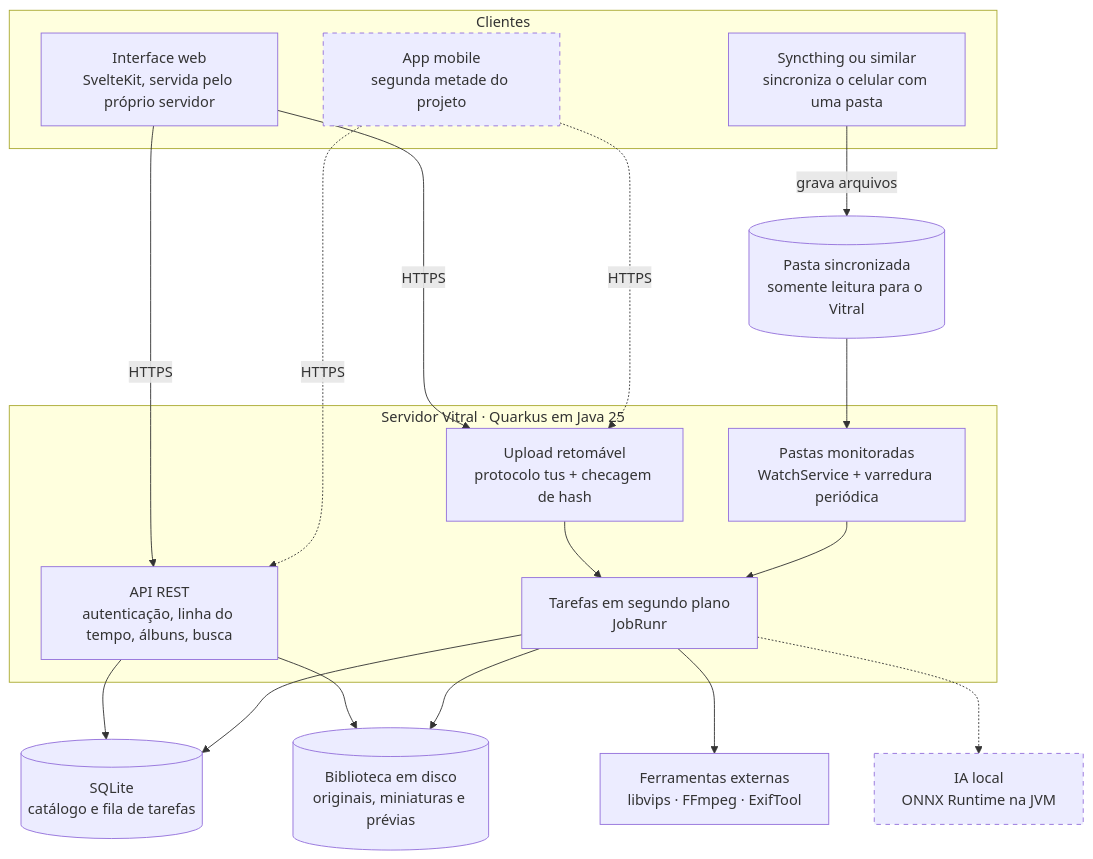
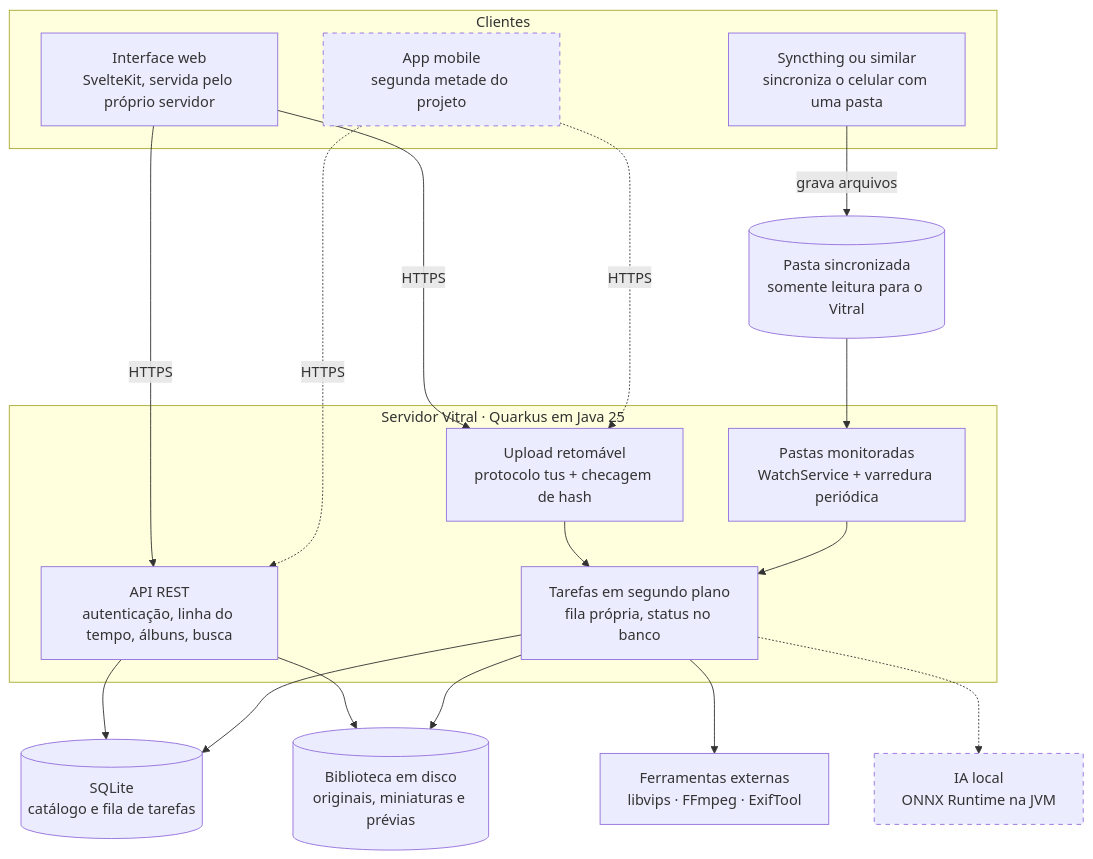
One commit to metalicarus/vitral changed the first of 2 diagrams in vitral-backend/README.md. Above: the diagram before and after it, drawn with Mermaid. The commit also changed other lines of this file and 25 other files, not shown here.

````diff
--- a/vitral-backend/README.md
+++ b/vitral-backend/README.md
@@ -25,39 +25,39 @@
 ```mermaid
 flowchart TB
     subgraph clientes["Clientes"]
         web["Interface web<br/>SvelteKit, servida pelo próprio servidor"]
         mobile["App mobile<br/>segunda metade do projeto"]:::futuro
         sync["Syncthing ou similar<br/>sincroniza o celular com uma pasta"]
     end
 
     subgraph servidor["Servidor Vitral · Quarkus em Java 25"]
         api["API REST<br/>autenticação, linha do tempo, álbuns, busca"]
         upload["Upload retomável<br/>protocolo tus + checagem de hash"]
         watcher["Pastas monitoradas<br/>WatchService + varredura periódica"]
-        jobs["Tarefas em segundo plano<br/>JobRunr"]
+        jobs["Tarefas em segundo plano<br/>fila própria, status no banco"]
     end
 
     pasta[("Pasta sincronizada<br/>somente leitura para o Vitral")]
     db[("SQLite<br/>catálogo e fila de tarefas")]
     disco[("Biblioteca em disco<br/>originais, miniaturas e prévias")]
     tools["Ferramentas externas<br/>libvips · FFmpeg · ExifTool"]
     ia["IA local<br/>ONNX Runtime na JVM"]:::futuro
 
     web -->|HTTPS| api
     web -->|HTTPS| upload
     mobile -.->|HTTPS| api
     mobile -.->|HTTPS| upload
     sync -->|grava arquivos| pasta
     pasta --> watcher
 
     upload --> jobs
     watcher --> jobs
     api --> db
     api --> disco
     jobs --> db
     jobs --> disco
     jobs --> tools
     jobs -.-> ia
 
     classDef futuro stroke-dasharray: 5 5
 ```
````
